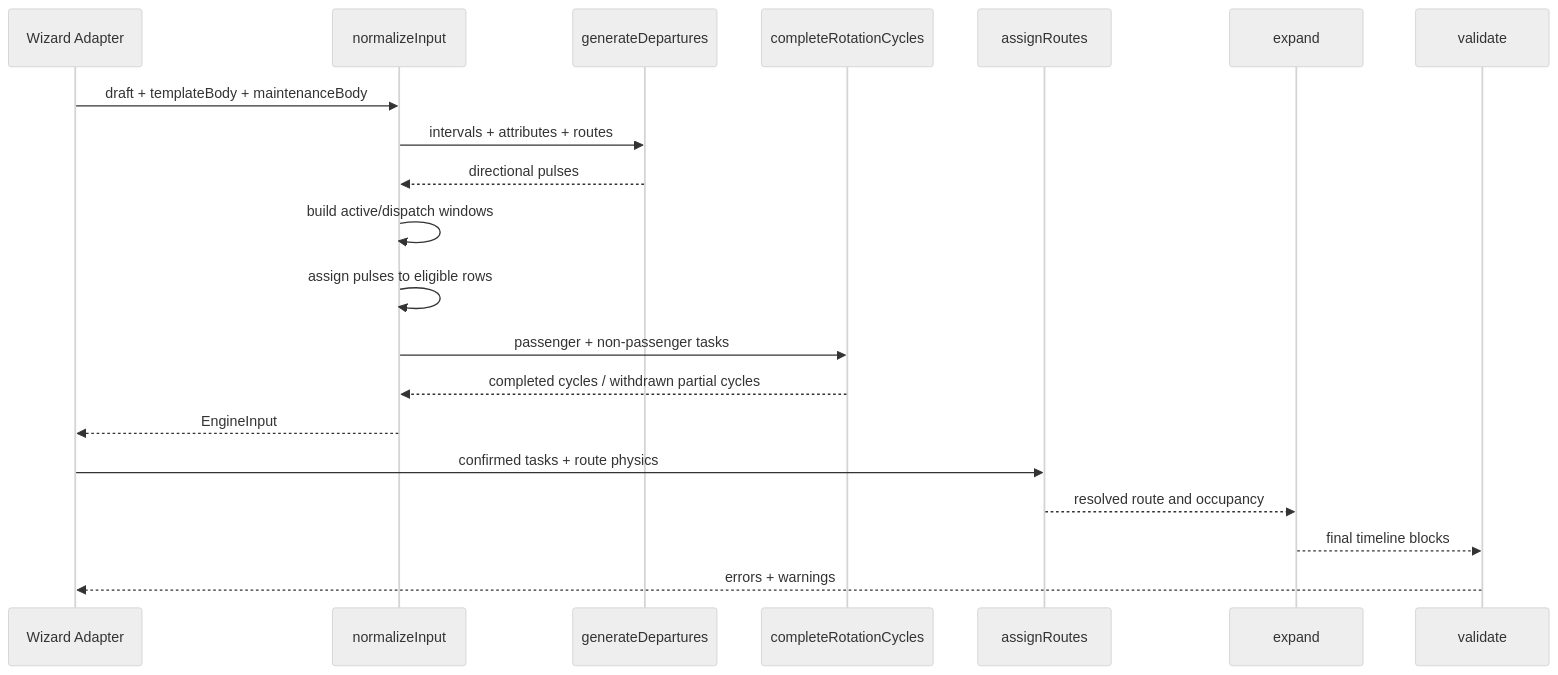
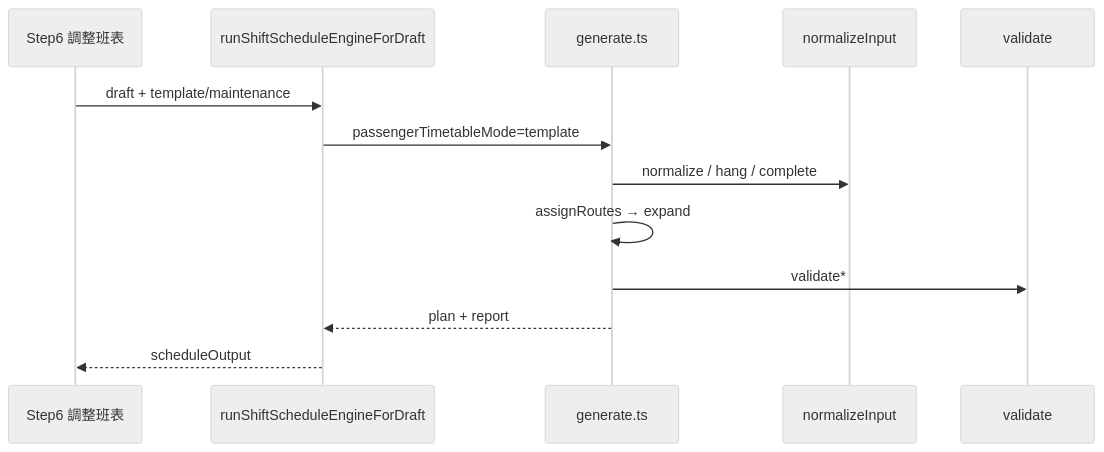
Before and after one commit to arlenTuring/syncdrive_t3: the diagram in document/排班引擎架構.md, drawn with Mermaid (neutral theme). The commit also changed other lines of this file and 171 other files, not shown here.

First line of the commit message:
feat: timetable API 可讀檢視、排班關節對齊，並一併保存圖台與班表相關改動

````diff
--- a/document/排班引擎架構.md
+++ b/document/排班引擎架構.md
@@ -58,23 +47,15 @@
 ```mermaid
 sequenceDiagram
-    participant UI as Wizard Adapter
-    participant N as normalizeInput
-    participant D as generateDepartures
-    participant C as completeRotationCycles
-    participant A as assignRoutes
-    participant E as expand
-    participant V as validate
-
-    UI->>N: draft + templateBody + maintenanceBody
-    N->>D: intervals + attributes + routes
-    D-->>N: directional pulses
-    N->>N: build active/dispatch windows
-    N->>N: assign pulses to eligible rows
-    N->>C: passenger + non-passenger tasks
-    C-->>N: completed cycles / withdrawn partial cycles
-    N-->>UI: EngineInput
-    UI->>A: confirmed tasks + route physics
-    A-->>E: resolved route and occupancy
-    E-->>V: final timeline blocks
-    V-->>UI: errors + warnings
+  participant UI as Step6 調整班表
+  participant Ad as runShiftScheduleEngineForDraft
+  participant Ge as generate.ts
+  participant No as normalizeInput
+  participant Va as validate
+  UI->>Ad: draft + template/maintenance
+  Ad->>Ge: passengerTimetableMode=template
+  Ge->>No: normalize / hang / complete
+  Ge->>Ge: assignRoutes → expand
+  Ge->>Va: validate*
+  Ge-->>Ad: plan + report
+  Ad-->>UI: scheduleOutput
 ```
````
